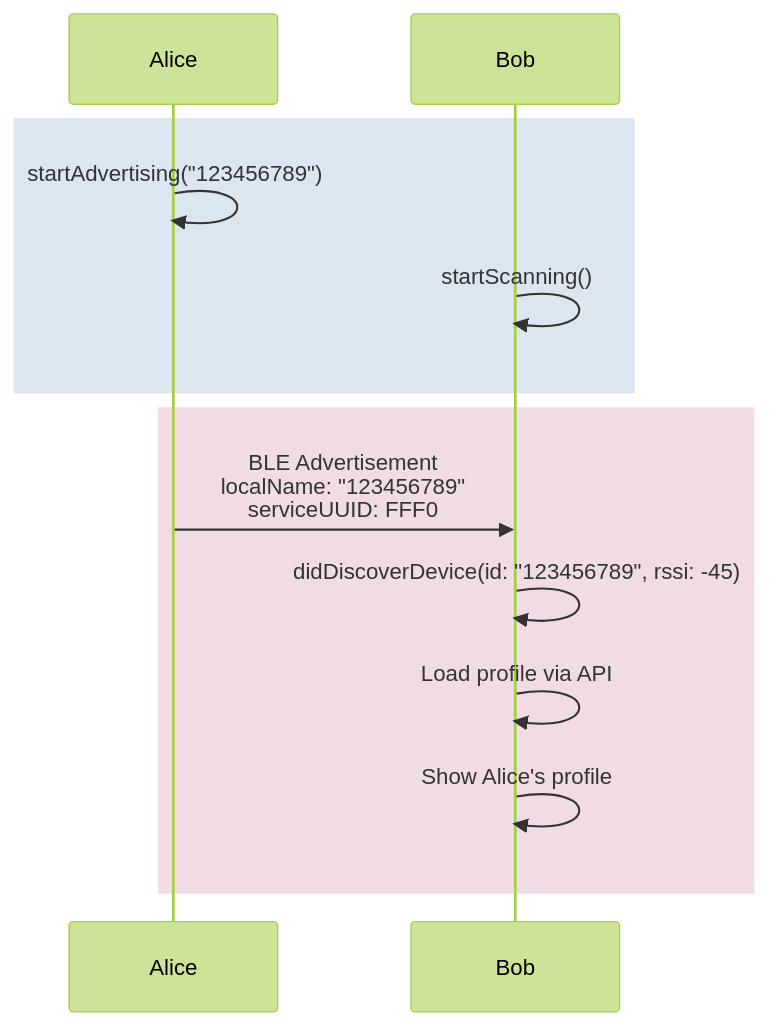
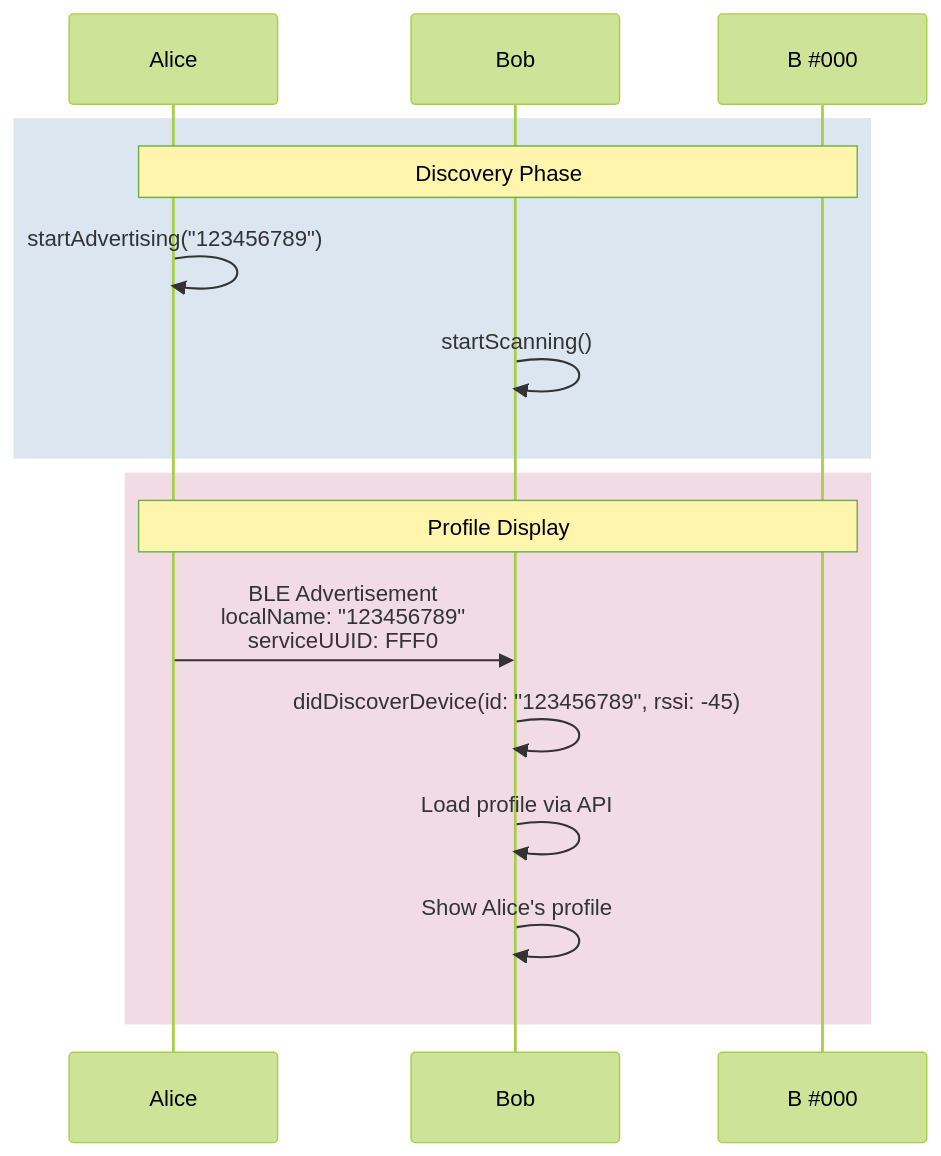
One commit to hiTechTeam/Telescan-iOS changed the third of 14 diagrams in TelescaniOS/WHITEPAPER.md. Above: the diagram before and after it, drawn with Mermaid (forest theme).

````diff
--- a/TelescaniOS/WHITEPAPER.md
+++ b/TelescaniOS/WHITEPAPER.md
@@ -119,17 +119,19 @@
 ```mermaid
 sequenceDiagram
     participant A as Alice
     participant B as Bob
 
     rect rgb(220, 230, 241)
+        note over A,B #000: Discovery Phase
         A->>A: startAdvertising("123456789")
         B->>B: startScanning()
     end
 
     rect rgb(241, 220, 230)
+        note over A,B #000: Profile Display
         A->>B: BLE Advertisement<br/>localName: "123456789"<br/>serviceUUID: FFF0
         B->>B: didDiscoverDevice(id: "123456789", rssi: -45)
         B->>B: Load profile via API
         B->>B: Show Alice's profile
     end
 ```
````
